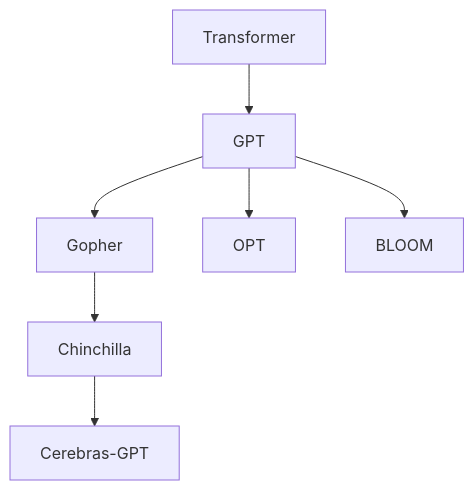
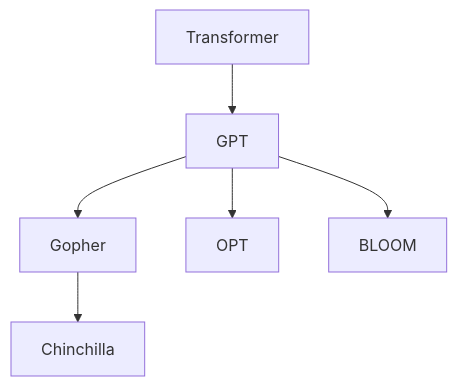
One commit to ted-sharp/chatvox changed diagram 14 of 19 in doc/llm.md. Above: the diagram before and after it, drawn with Mermaid. The commit also changed other lines of this file, not shown here.

````diff
--- a/doc/llm.md
+++ b/doc/llm.md
@@ -579,8 +583,7 @@
 ```mermaid
 flowchart
 
 Transformer --> GPT --> Gopher --> Chinchilla
-Chinchilla --> Cerebras-GPT
 GPT --> OPT
 GPT --> BLOOM
 ```
````
